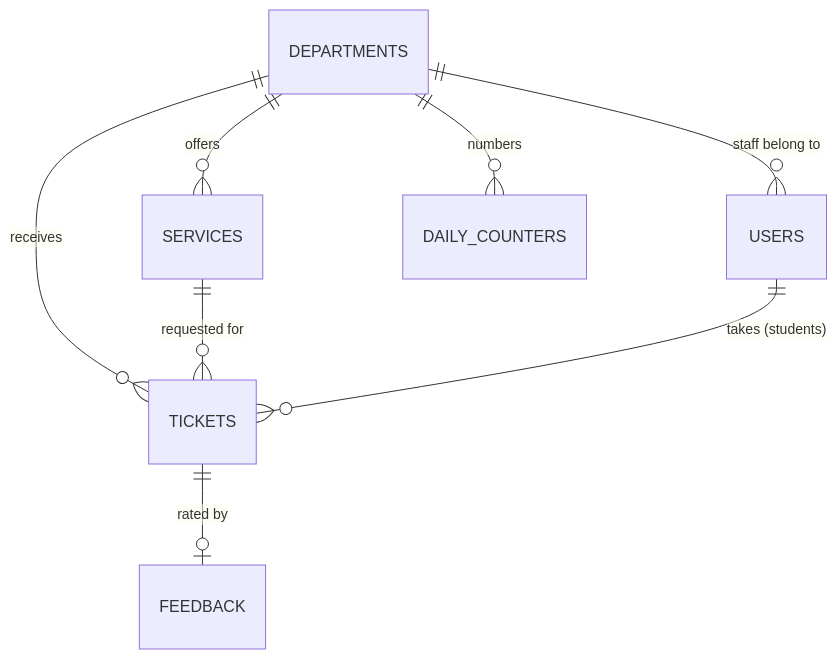
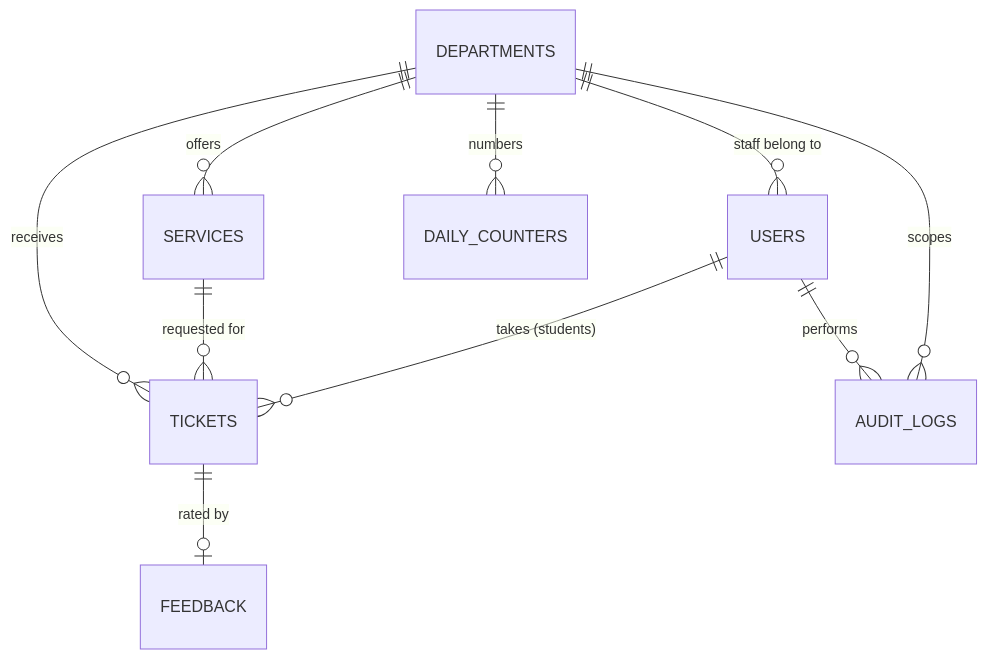
The diagram in docs/04-database-schema.md (carilloandrei9264/university-queue-system), drawn with Mermaid before and after one commit. The commit also changed other lines of this file and 14 other files, not shown here.

````diff
--- a/docs/04-database-schema.md
+++ b/docs/04-database-schema.md
@@ -15,10 +15,12 @@
 ```mermaid
 erDiagram
   DEPARTMENTS ||--o{ SERVICES : offers
   DEPARTMENTS ||--o{ USERS : "staff belong to"
   DEPARTMENTS ||--o{ TICKETS : receives
   DEPARTMENTS ||--o{ DAILY_COUNTERS : numbers
   SERVICES ||--o{ TICKETS : "requested for"
   USERS ||--o{ TICKETS : "takes (students)"
+  USERS ||--o{ AUDIT_LOGS : "performs"
+  DEPARTMENTS ||--o{ AUDIT_LOGS : "scopes"
   TICKETS ||--o| FEEDBACK : "rated by"
 ```
````
